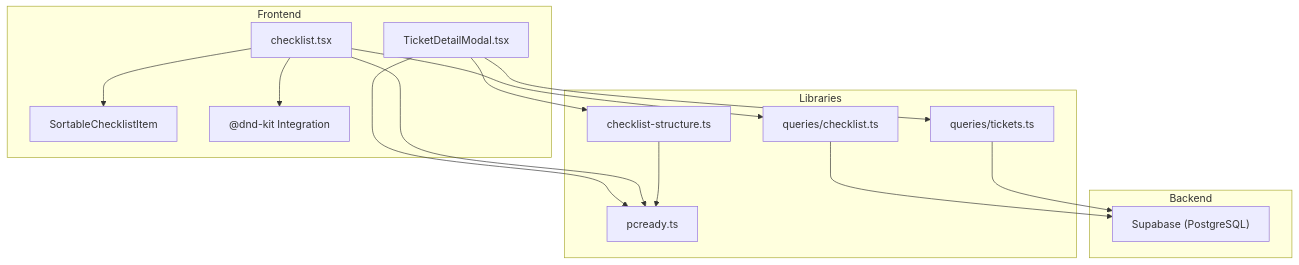
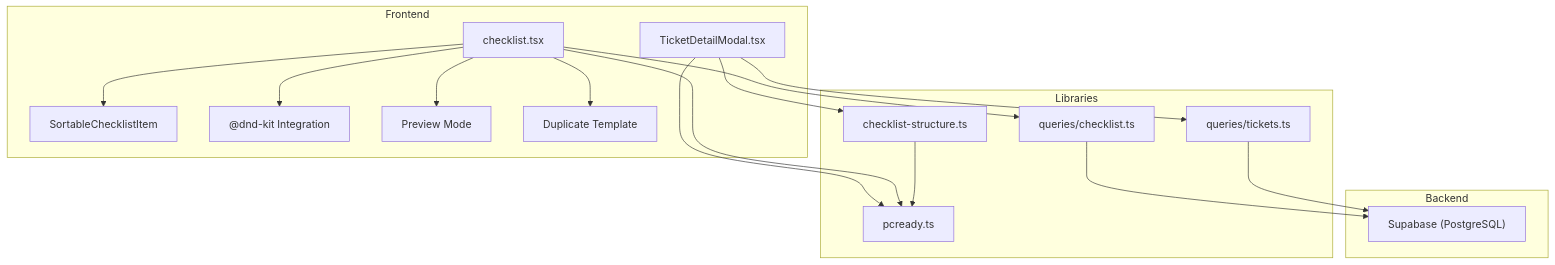
Before and after one commit to gastaldellomarco/pcReady: the first of 10 diagrams in .qoder/repowiki/en/content/Ticket Management System/Checklist System.md, drawn with Mermaid. The commit also changed other lines of this file and 12 other files, not shown here.

````diff
--- a/.qoder/repowiki/en/content/Ticket Management System/Checklist System.md
+++ b/.qoder/repowiki/en/content/Ticket Management System/Checklist System.md
@@ -50,28 +50,32 @@
 ```mermaid
 graph TB
 subgraph "Frontend"
 UI["TicketDetailModal.tsx"]
 Editor["checklist.tsx"]
 Sortable["SortableChecklistItem"]
 DnD["@dnd-kit Integration"]
+Preview["Preview Mode"]
+Duplicate["Duplicate Template"]
 end
 subgraph "Libraries"
 Types["checklist-structure.ts"]
 PCReady["pcready.ts"]
 QChecklist["queries/checklist.ts"]
 QTix["queries/tickets.ts"]
 end
 subgraph "Backend"
 Supabase["Supabase (PostgreSQL)"]
 end
 UI --> QTix
 UI --> PCReady
 UI --> Types
 Editor --> QChecklist
 Editor --> PCReady
 Editor --> Sortable
 Editor --> DnD
+Editor --> Preview
+Editor --> Duplicate
 QChecklist --> Supabase
 QTix --> Supabase
 Types --> PCReady
 ```
````
